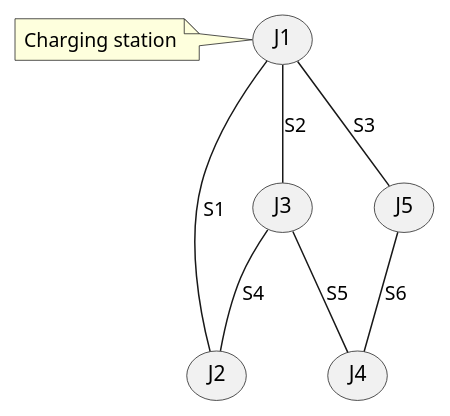
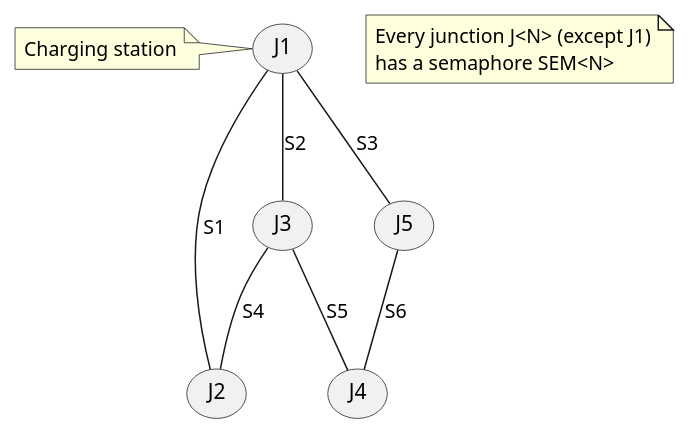
One commit to Ventus218/SAP-assignment-03 changed the diagram in doc/diagrams/src/streets-graph.puml. Above: the diagram before and after it, drawn with PlantUML. The commit also changed 3 other files, not shown here.

```diff
--- a/doc/diagrams/src/streets-graph.puml
+++ b/doc/diagrams/src/streets-graph.puml
@@ -1,17 +1,22 @@
 @startuml streets-graph
 
 
 (J1) -- (J2) : "S1"
 (J1) -- (J3) : "S2"
 (J1) -- (J5) : "S3"
 
 (J3) -- (J2) : "S4"
 (J3) -- (J4) : "S5"
 
 (J5) -- (J4) : "S6"
 
 note left of (J1)
     Charging station
 end note
 
+note as N
+    Every junction J<N> (except J1)
+    has a semaphore SEM<N>
+end note
+
 @enduml
```
